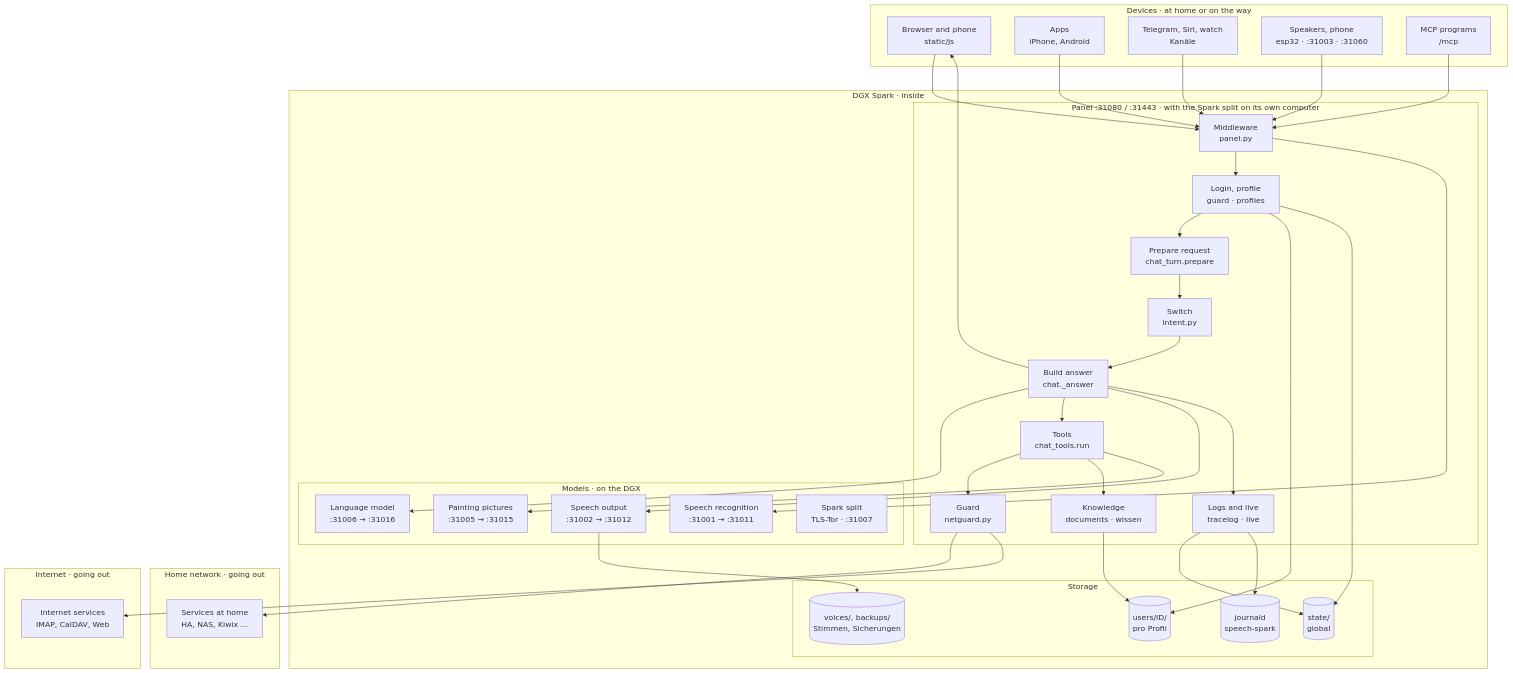
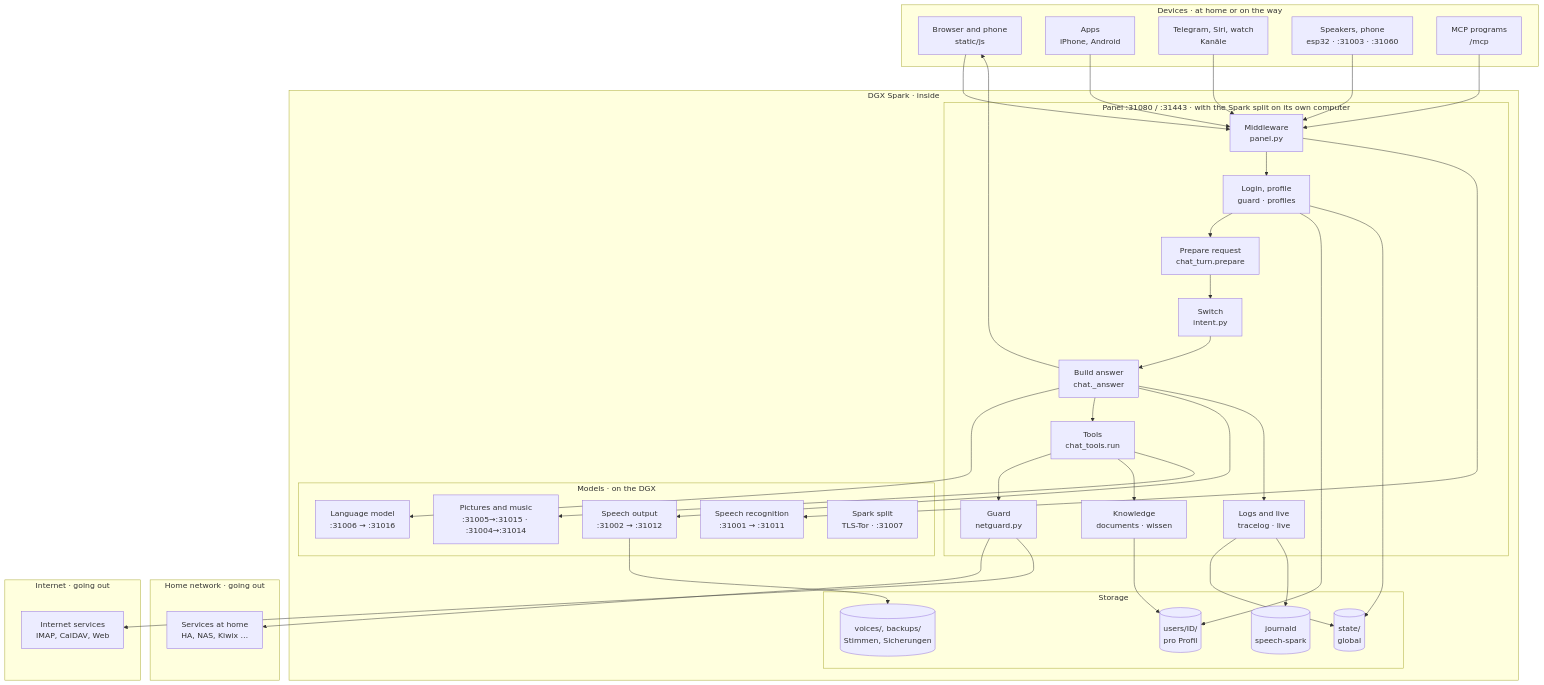
Before and after one commit to db9979/speech-on-dgx-spark: the first of 26 diagrams in docs/en/architecture.md, drawn with Mermaid. The commit also changed other lines of this file and 46 other files, not shown here.

````diff
--- a/docs/en/architecture.md
+++ b/docs/en/architecture.md
@@ -16,68 +16,68 @@
 ```mermaid
 flowchart TB
   subgraph z_geraete["Devices · at home or on the way"]
     geraet["Browser and phone<br/>static/js"]
     apps["Apps<br/>iPhone, Android"]
     kanaele["Telegram, Siri, watch<br/>Kanäle"]
     lautsprecher["Speakers, phone<br/>esp32 · :31003 · :31060"]
     mcpc["MCP programs<br/>/mcp"]
   end
   subgraph z_spark["DGX Spark · inside"]
     subgraph z_panel["Panel :31080 / :31443 · with the Spark split on its own computer"]
       middleware["Middleware<br/>panel.py"]
       zugang["Login, profile<br/>guard · profiles"]
       vorbereiten["Prepare request<br/>chat_turn.prepare"]
       weiche["Switch<br/>intent.py"]
       antwort["Build answer<br/>chat._answer"]
       werkzeuge["Tools<br/>chat_tools.run"]
       wissen["Knowledge<br/>documents · wissen"]
       waechter["Guard<br/>netguard.py"]
       betrieb["Logs and live<br/>tracelog · live"]
     end
     subgraph z_modelle["Models · on the DGX"]
       llm["Language model<br/>:31006 → :31016"]
       asr["Speech recognition<br/>:31001 → :31011"]
       tts["Speech output<br/>:31002 → :31012"]
-      bild["Painting pictures<br/>:31005 → :31015"]
+      bild["Pictures and music<br/>:31005→:31015 · :31004→:31014"]
       teilen["Spark split<br/>TLS-Tor · :31007"]
     end
     subgraph z_speicher["Storage"]
       state[("state/<br/>global")]
       users[("users/ID/<br/>pro Profil")]
       ablage[("voices/, backups/<br/>Stimmen, Sicherungen")]
       journal[("journald<br/>speech-spark")]
     end
   end
   subgraph z_heimnetz["Home network · going out"]
     aussen["Services at home<br/>HA, NAS, Kiwix …"]
   end
   subgraph z_internet["Internet · going out"]
     internet["Internet services<br/>IMAP, CalDAV, Web"]
   end
   geraet --> middleware
   apps --> middleware
   kanaele --> middleware
   lautsprecher --> middleware
   mcpc --> middleware
   middleware --> zugang
   middleware --> asr
   zugang --> vorbereiten
   vorbereiten --> weiche
   weiche --> antwort
   antwort --> llm
   antwort --> werkzeuge
   werkzeuge --> waechter
   waechter --> aussen
   waechter --> internet
   werkzeuge --> wissen
   antwort --> tts
   werkzeuge --> bild
   antwort --> geraet
   antwort --> betrieb
   betrieb --> state
   betrieb --> journal
   wissen --> users
   zugang --> users
   zugang --> state
   tts --> ablage
 ```
````
